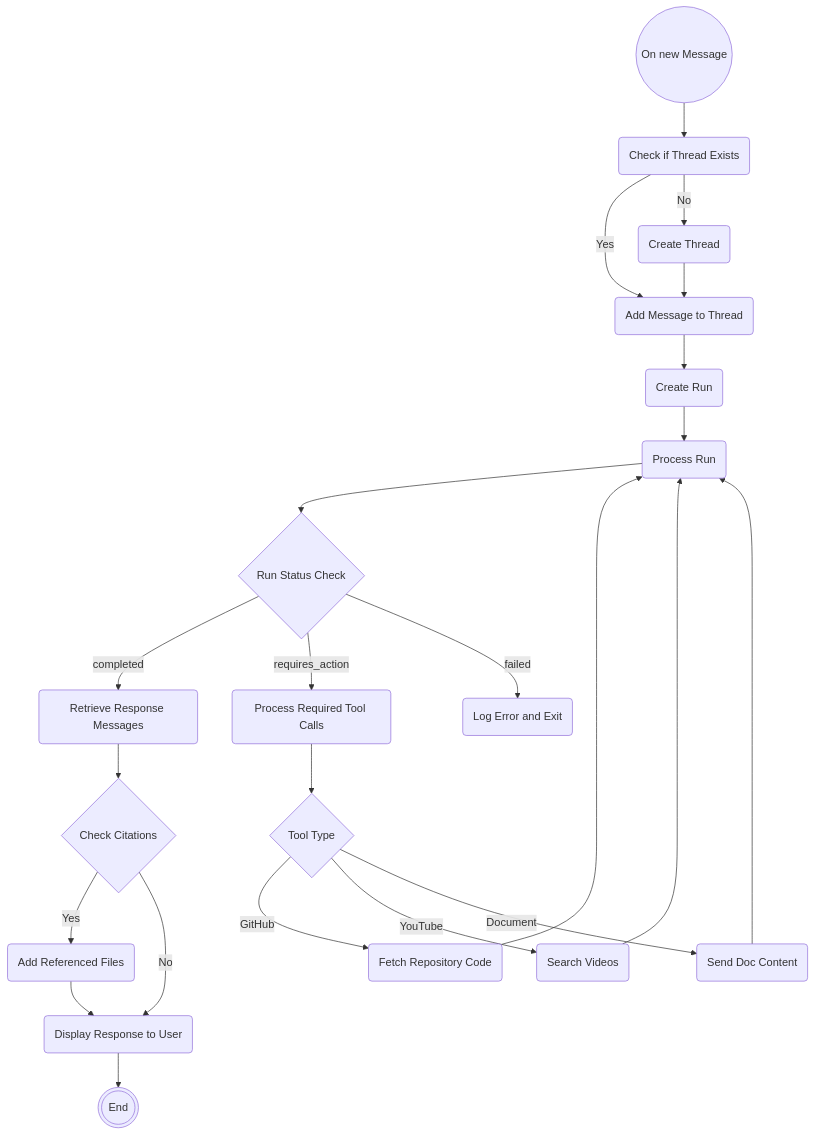
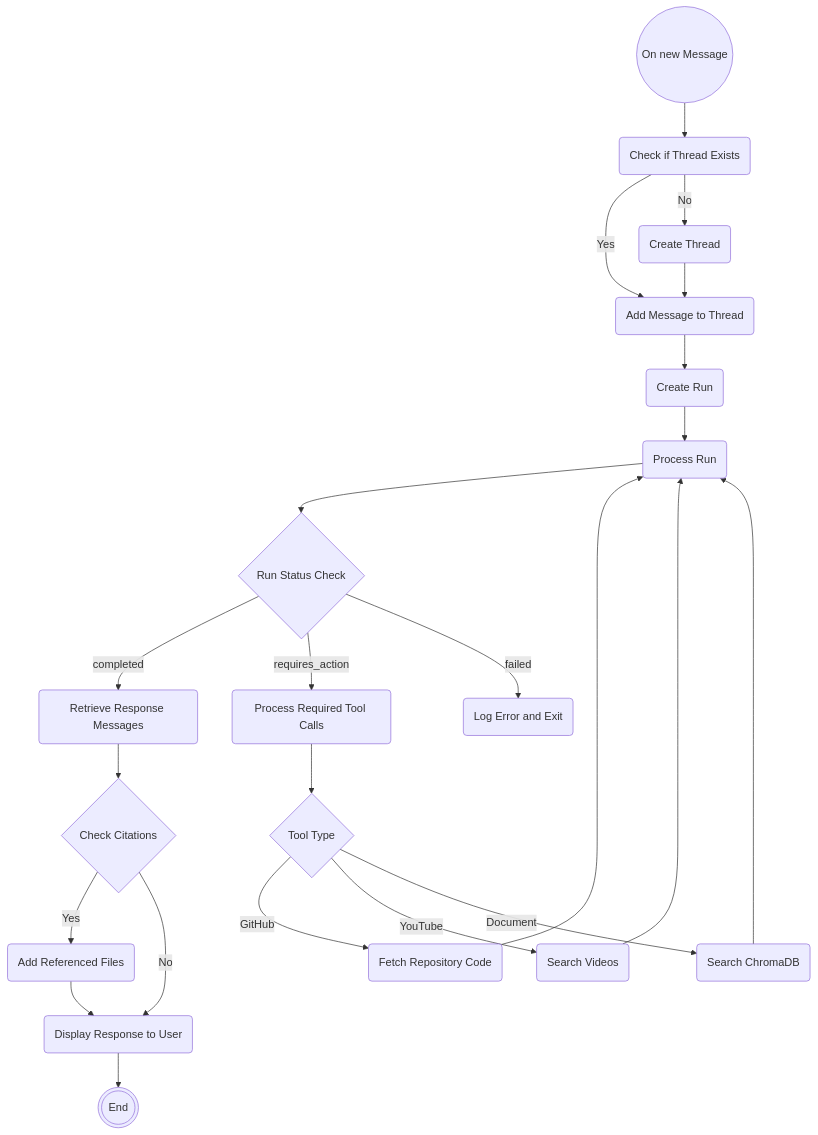
The diagram in README.md (nauqh/ti), drawn with Mermaid before and after one commit. The commit also changed other lines of this file, not shown here.

````diff
--- a/README.md
+++ b/README.md
@@ -131,26 +133,26 @@
 ```mermaid
 graph TD
     A((On new Message)) --> B(Check if Thread Exists)
     B -->|Yes| C(Add Message to Thread)
     B -->|No| D(Create Thread)
     D --> C
     C --> E(Create Run)
     E --> E'(Process Run)
     E' --> F{Run Status Check}
     F -->|completed| G(Retrieve Response Messages)
     F -->|requires_action| H(Process Required Tool Calls)
     H --> I{Tool Type}
     I -->|GitHub| J(Fetch Repository Code)
     I -->|YouTube| K(Search Videos)
-    I -->|Document| L(Send Doc Content)
+    I -->|Document| L(Search ChromaDB)
     J --> E'
     K --> E'
     L --> E'
     F -->|failed| M(Log Error and Exit)
 
     G --> O{Check Citations}
     O -->|Yes| P(Add Referenced Files)
     O -->|No| Q(Display Response to User)
     P --> Q
     Q --> S(((End)))
 ```
````
